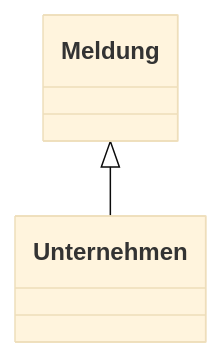
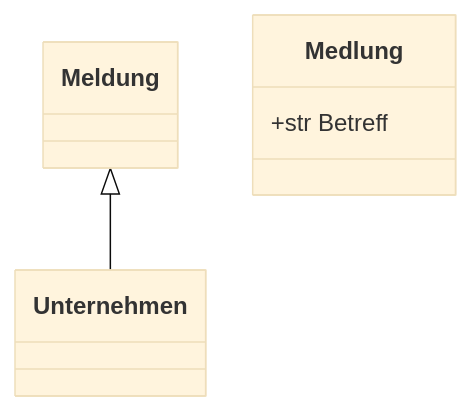
One commit to takuruu/blowthewhistle changed the diagram in README.md. Above: the diagram before and after it, drawn with Mermaid (base theme).

````diff
--- a/README.md
+++ b/README.md
@@ -3,4 +3,5 @@
 ```mermaid
   classDiagram
     Meldung <|-- Unternehmen
+    Medlung:+str Betreff
 ```
````
